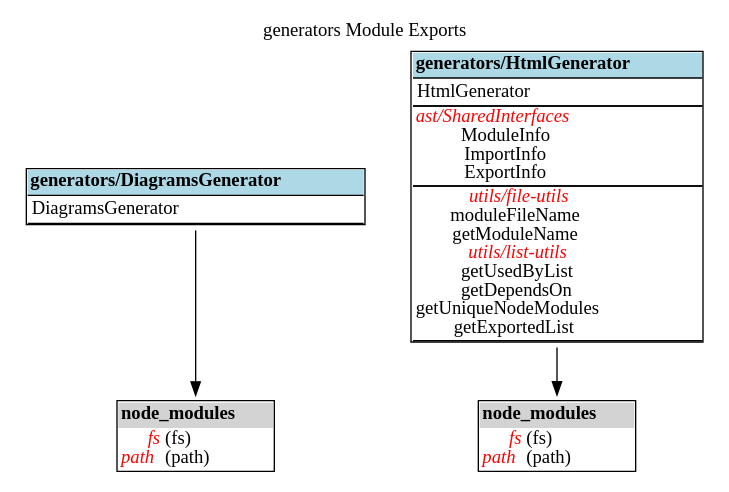
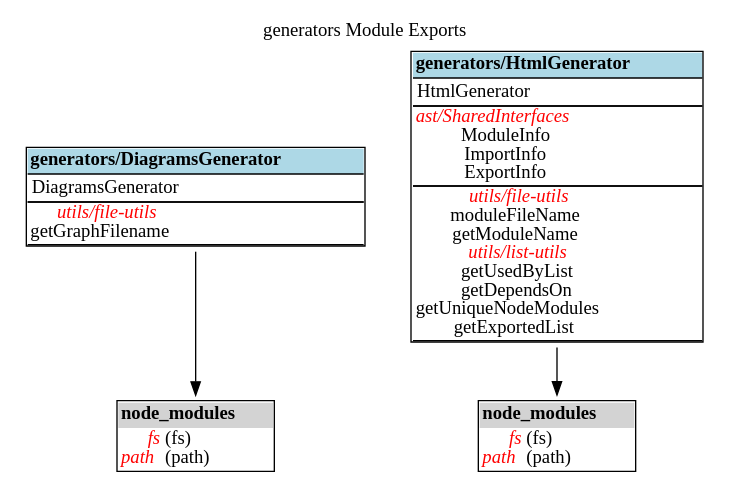
Before and after one commit to fleebe/GitHubPages: the diagram in dep-graph-ts/generators_ExportGraph.dot, drawn with Graphviz. The commit also changed 105 other files, not shown here.

Commit message:
Update docs for dep-graph-ts from fleebe/dep-graph-ts workflow

```diff
--- a/dep-graph-ts/generators_ExportGraph.dot
+++ b/dep-graph-ts/generators_ExportGraph.dot
@@ -1,47 +1,51 @@
 digraph {label="generators Module Exports";
 labelloc="t";
 "generators/DiagramsGenerator" [shape=none, label=<<TABLE cellspacing="0" cellborder="0" align="left">
 <TR><TD bgcolor="lightblue" align="center"><B>generators/DiagramsGenerator</B></TD></TR>
 <TR><TD BORDER="1" SIDES="TB" align="left">
 DiagramsGenerator<BR/>
+</TD></TR>
+<TR><TD BORDER="1" SIDES="TB" cellpadding="1" align="left">
+<font color="red"><I>utils/file-utils</I></font><BR/>
+getGraphFilename<BR/>
 </TD></TR>
 </TABLE>>];
 "generators/DiagramsGenerator-node_modules" [shape=none, label=<<TABLE cellspacing="0" cellborder="0" align="left">
 <TR><TD bgcolor="lightgrey" align="center"><B>node_modules</B></TD></TR>
 <TR><TD align="left">
 <font color="red"><I>fs</I></font> (fs)<BR/>
 <font color="red"><I>path</I></font> (path)<BR/>
 </TD></TR>
 </TABLE>>];
 "generators/DiagramsGenerator"->"generators/DiagramsGenerator-node_modules";
 "generators/HtmlGenerator" [shape=none, label=<<TABLE cellspacing="0" cellborder="0" align="left">
 <TR><TD bgcolor="lightblue" align="center"><B>generators/HtmlGenerator</B></TD></TR>
 <TR><TD BORDER="1" SIDES="TB" align="left">
 HtmlGenerator<BR/>
 </TD></TR>
 <TR><TD BORDER="1" SIDES="TB" cellpadding="1" align="left">
 <font color="red"><I>ast/SharedInterfaces</I></font><BR/>
 ModuleInfo<BR/>
 ImportInfo<BR/>
 ExportInfo<BR/>
 </TD></TR>
 <TR><TD BORDER="1" SIDES="TB" cellpadding="1" align="left">
 <font color="red"><I>utils/file-utils</I></font><BR/>
 moduleFileName<BR/>
 getModuleName<BR/>
 <font color="red"><I>utils/list-utils</I></font><BR/>
 getUsedByList<BR/>
 getDependsOn<BR/>
 getUniqueNodeModules<BR/>
 getExportedList<BR/>
 </TD></TR>
 </TABLE>>];
 "generators/HtmlGenerator-node_modules" [shape=none, label=<<TABLE cellspacing="0" cellborder="0" align="left">
 <TR><TD bgcolor="lightgrey" align="center"><B>node_modules</B></TD></TR>
 <TR><TD align="left">
 <font color="red"><I>fs</I></font> (fs)<BR/>
 <font color="red"><I>path</I></font> (path)<BR/>
 </TD></TR>
 </TABLE>>];
 "generators/HtmlGenerator"->"generators/HtmlGenerator-node_modules";
 }
```
